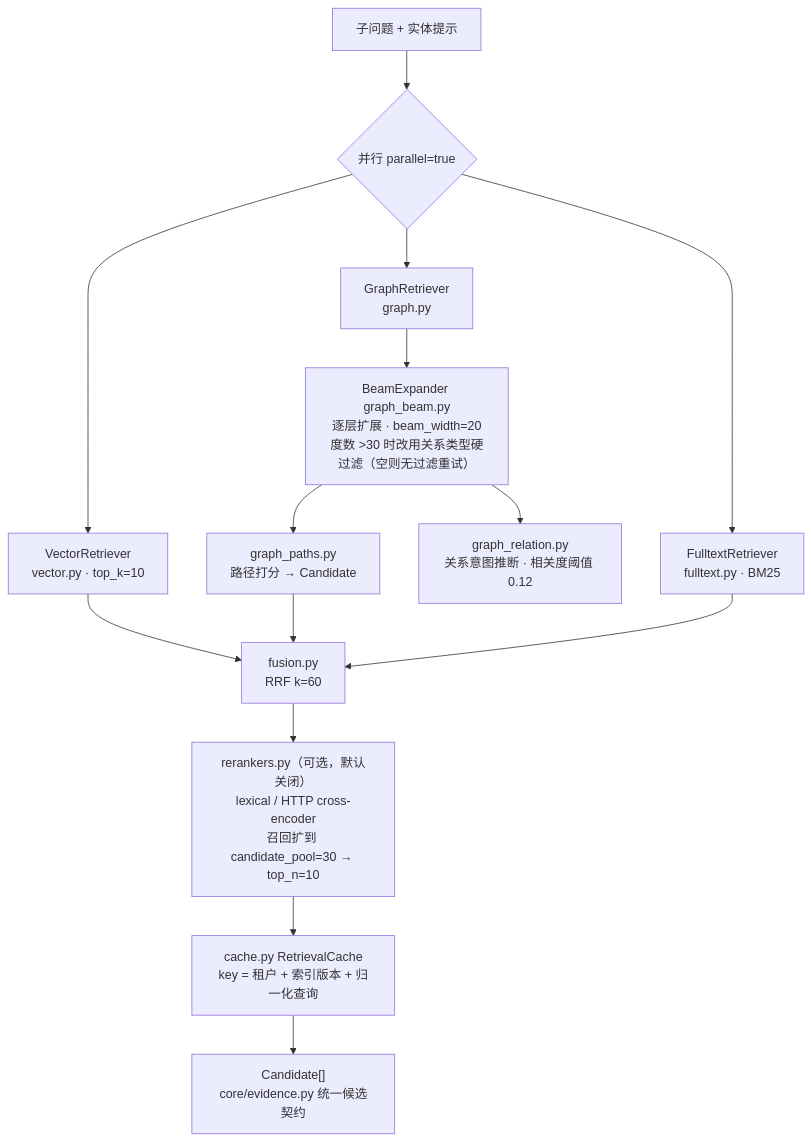
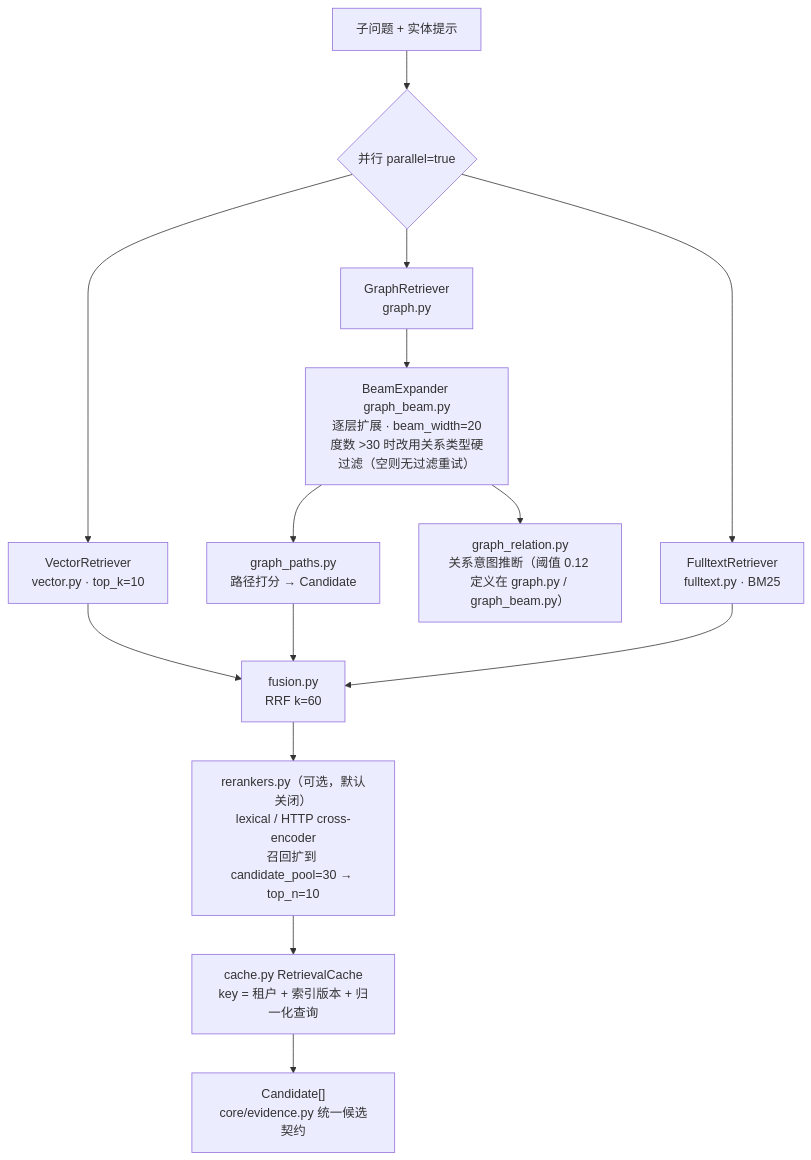
One commit to RightCloudhub/AG changed the sixth of 17 diagrams in docs/ARCHITECTURE.md. Above: the diagram before and after it, drawn with Mermaid. The commit also changed other lines of this file and 31 other files, not shown here.

````diff
--- a/docs/ARCHITECTURE.md
+++ b/docs/ARCHITECTURE.md
@@ -180,16 +181,16 @@
 ```mermaid
 flowchart TD
     SQ["子问题 + 实体提示"] --> PAR{"并行 parallel=true"}
     PAR --> V["VectorRetriever<br/>vector.py · top_k=10"]
     PAR --> G["GraphRetriever<br/>graph.py"]
     PAR --> F["FulltextRetriever<br/>fulltext.py · BM25"]
     G --> BEAM["BeamExpander graph_beam.py<br/>逐层扩展 · beam_width=20<br/>度数 >30 时改用关系类型硬过滤（空则无过滤重试）"]
-    BEAM --> REL["graph_relation.py<br/>关系意图推断 · 相关度阈值 0.12"]
+    BEAM --> REL["graph_relation.py<br/>关系意图推断（阈值 0.12 定义在 graph.py / graph_beam.py）"]
     BEAM --> PATH["graph_paths.py<br/>路径打分 → Candidate"]
     V --> FUS["fusion.py<br/>RRF k=60"]
     FUS --> RR["rerankers.py（可选，默认关闭）<br/>lexical / HTTP cross-encoder<br/>召回扩到 candidate_pool=30 → top_n=10"]
     PATH --> FUS
     F --> FUS
     RR --> CACHE["cache.py RetrievalCache<br/>key = 租户 + 索引版本 + 归一化查询"]
     CACHE --> CAND["Candidate[]<br/>core/evidence.py 统一候选契约"]
 ```
````
